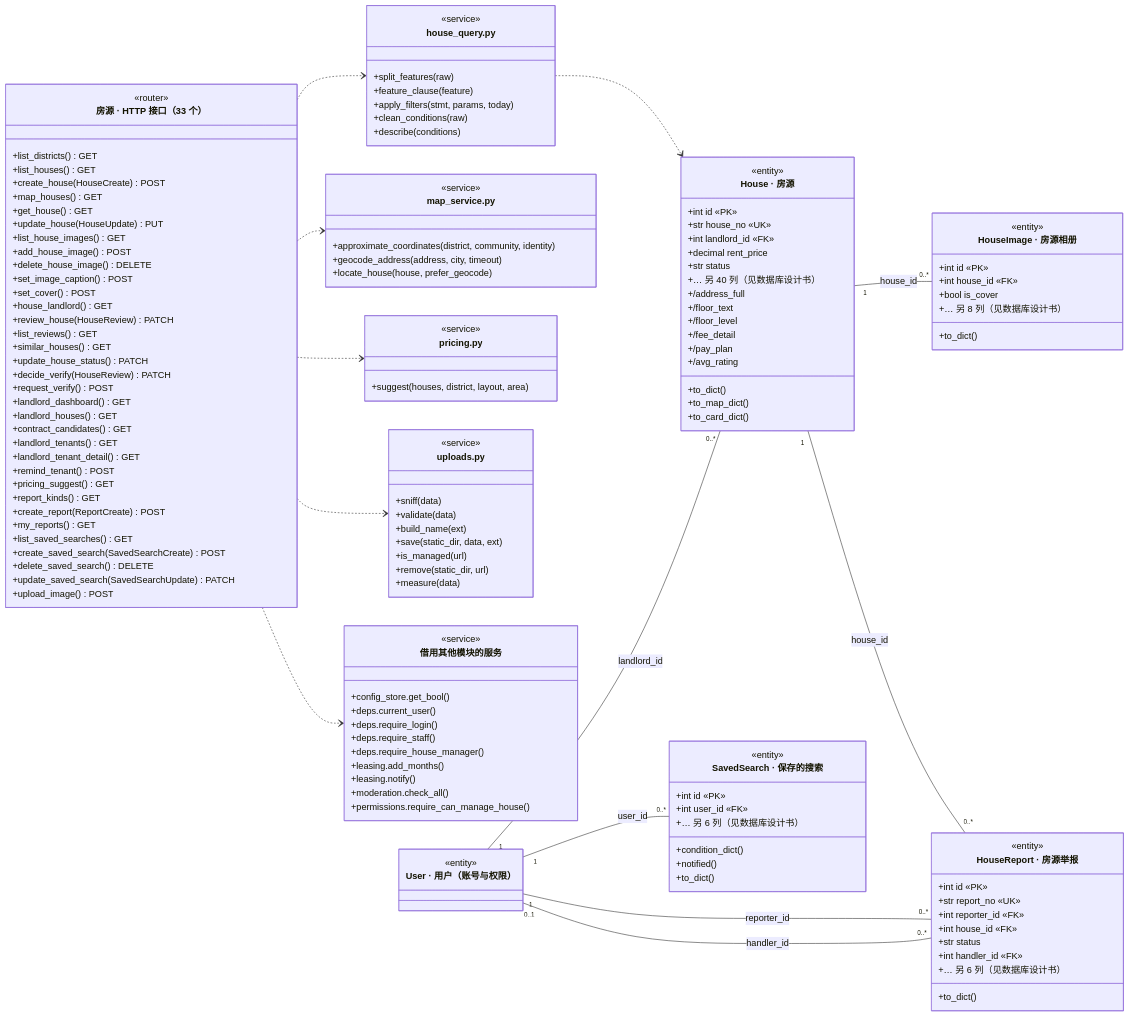
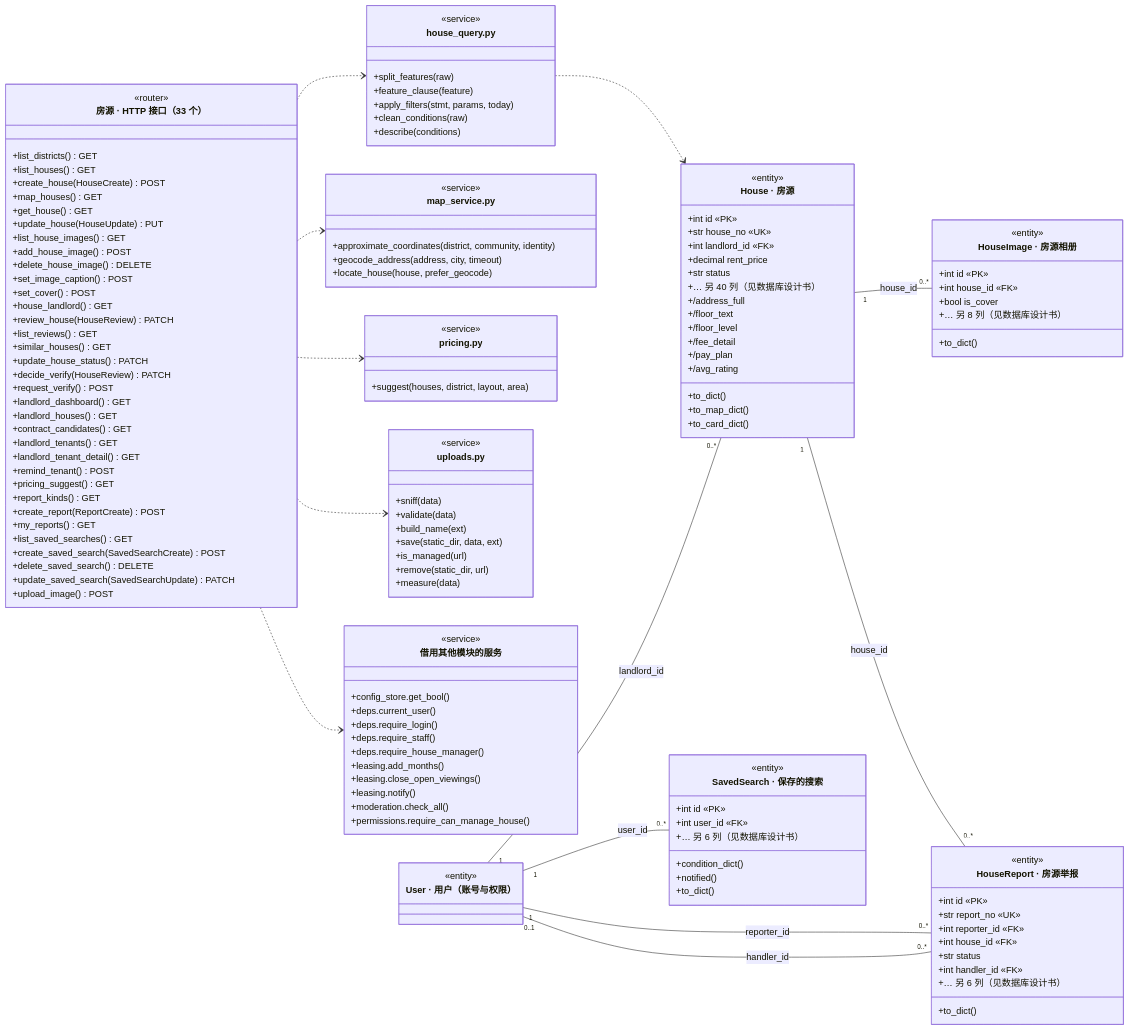
The second of 13 diagrams in docs/概要设计说明书.md (A107586/ai-house-rental), drawn with Mermaid before and after one commit. The commit also changed other lines of this file and 13 other files, not shown here.

```diff
--- a/docs/概要设计说明书.md
+++ b/docs/概要设计说明书.md
@@ -465,6 +465,7 @@
         +deps.require_staff()
         +deps.require_house_manager()
         +leasing.add_months()
+        +leasing.close_open_viewings()
         +leasing.notify()
         +moderation.check_all()
         +permissions.require_can_manage_house()
```
